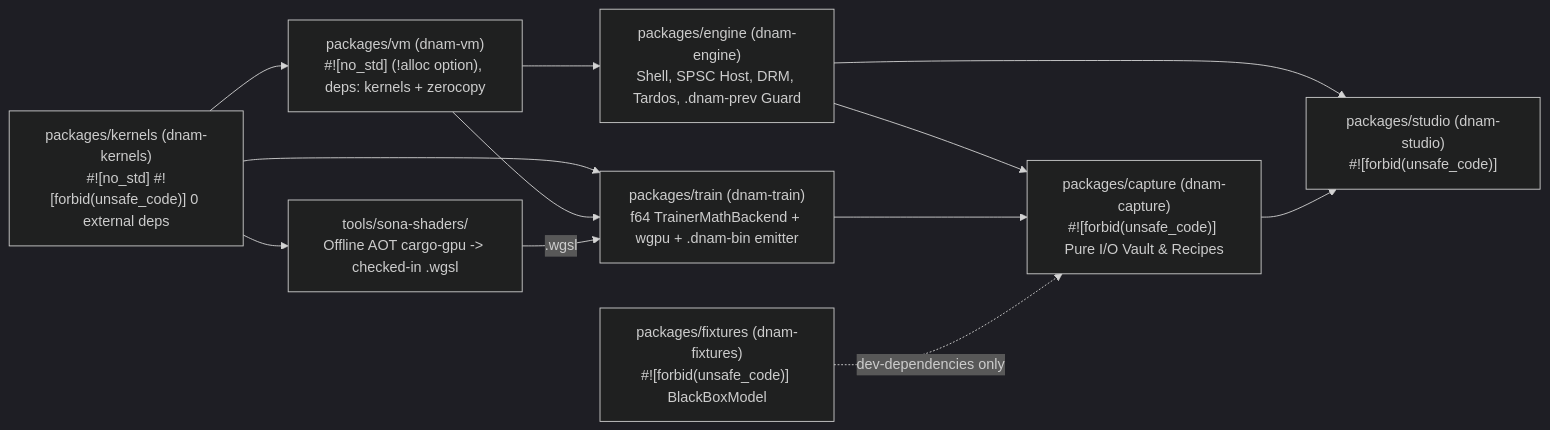
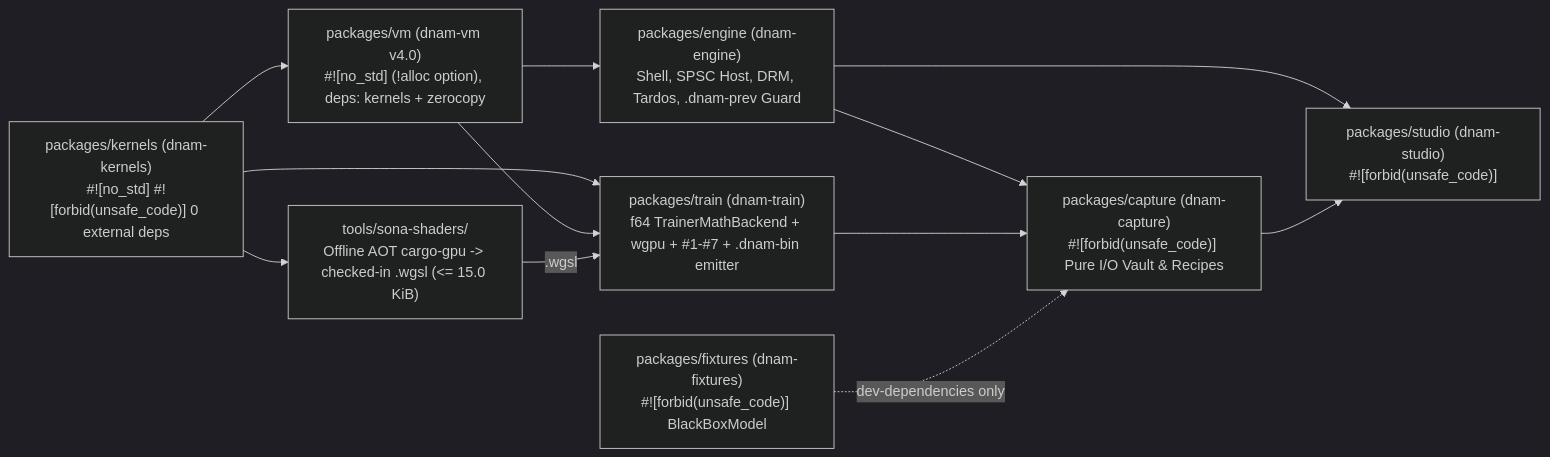
The diagram in docs/specs/sdks/rust_sdk.md (mokugen/dnam), drawn with Mermaid (dark theme) before and after one commit. The commit also changed other lines of this file and 16 other files, not shown here.

````diff
--- a/docs/specs/sdks/rust_sdk.md
+++ b/docs/specs/sdks/rust_sdk.md
@@ -44,14 +55,14 @@
 ```mermaid
 flowchart LR
-    Kernels["packages/kernels (dnam-kernels)<br/>#![no_std] #![forbid(unsafe_code)] 0 external deps"] --> VM["packages/vm (dnam-vm)<br/>#![no_std] (!alloc option), deps: kernels + zerocopy"]
-    Kernels --> Shaders["tools/sona-shaders/<br/>Offline AOT cargo-gpu -> checked-in .wgsl"]
-    Kernels --> Train["packages/train (dnam-train)<br/>f64 TrainerMathBackend + wgpu + .dnam-bin emitter"]
+    Kernels["packages/kernels (dnam-kernels)<br/>#![no_std] #![forbid(unsafe_code)] 0 external deps"] --> VM["packages/vm (dnam-vm v4.0)<br/>#![no_std] (!alloc option), deps: kernels + zerocopy"]
+    Kernels --> Shaders["tools/sona-shaders/<br/>Offline AOT cargo-gpu -> checked-in .wgsl (<= 15.0 KiB)"]
+    Kernels --> Train["packages/train (dnam-train)<br/>f64 TrainerMathBackend + wgpu + #1-#7 + .dnam-bin emitter"]
     VM --> Engine["packages/engine (dnam-engine)<br/>Shell, SPSC Host, DRM, Tardos, .dnam-prev Guard"]
     VM --> Train
     Shaders -->|".wgsl"| Train
     Engine --> Capture["packages/capture (dnam-capture)<br/>#![forbid(unsafe_code)] Pure I/O Vault & Recipes"]
     Train --> Capture
     Fixtures["packages/fixtures (dnam-fixtures)<br/>#![forbid(unsafe_code)] BlackBoxModel"] -. "dev-dependencies only" .-> Capture
     Engine --> Studio["packages/studio (dnam-studio)<br/>#![forbid(unsafe_code)]"]
     Capture --> Studio
 ```
````
